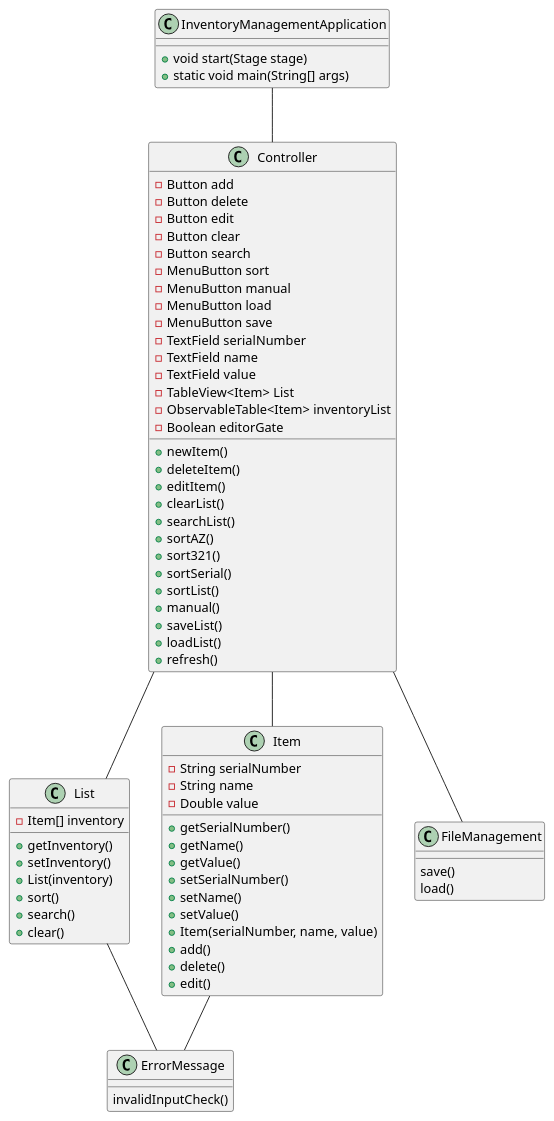
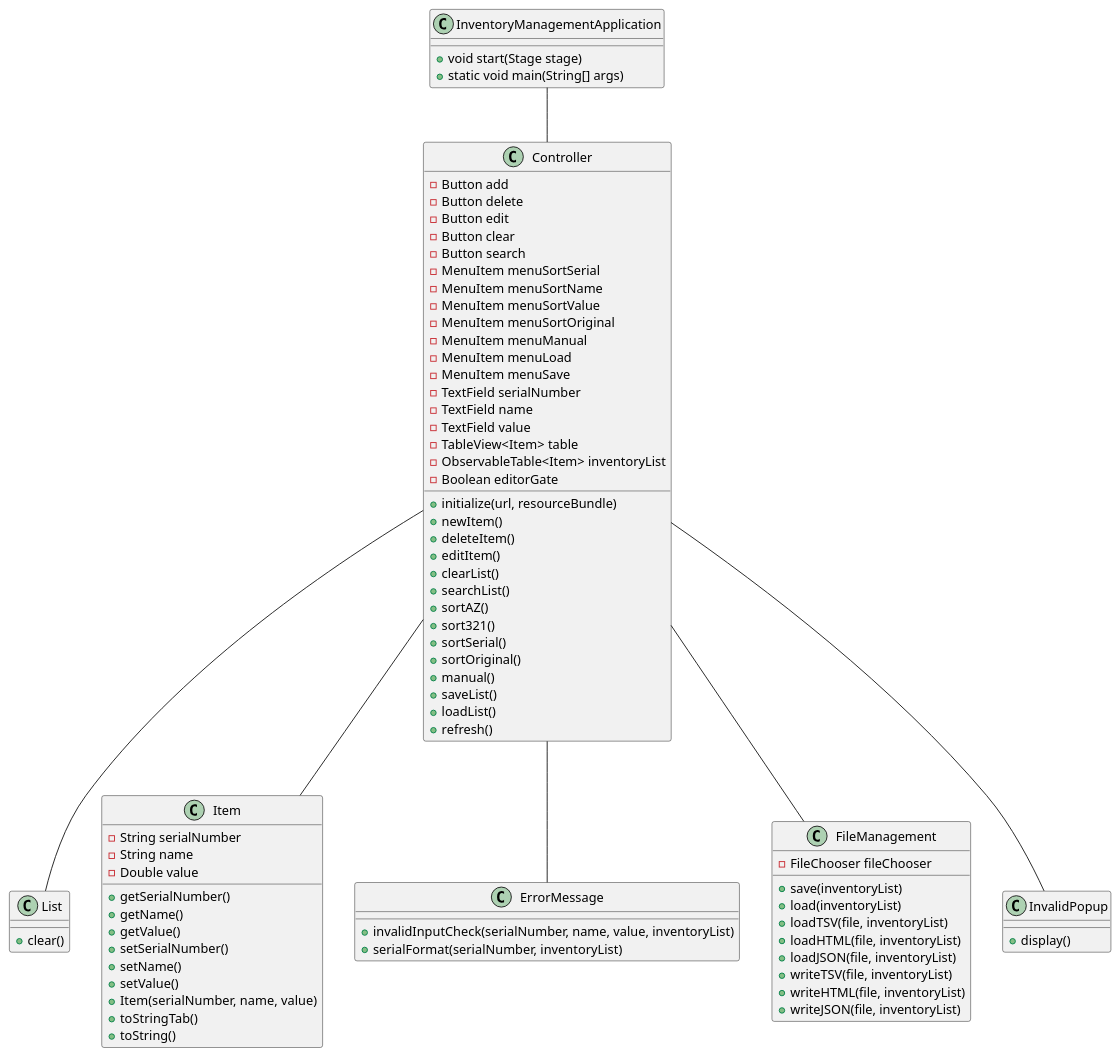
One commit to aidane1023/earnest-app2 changed the diagram in earnest-app2-code/docs/app2-classUML.puml. Above: the diagram before and after it, drawn with PlantUML. The commit also changed 56 other files, not shown here.

Commit message:
final commit. last updates to logic, junit, uml, and gui

```diff
--- a/earnest-app2-code/docs/app2-classUML.puml
+++ b/earnest-app2-code/docs/app2-classUML.puml
@@ -1,89 +1,99 @@
 @startuml
 'https://plantuml.com/class-diagram
 
 class InventoryManagementApplication
 class Controller
 class List
 class Item
 class ErrorMessage
 class FileManagement
+class InvalidPopup
 
 InventoryManagementApplication -- Controller
 Controller -- List
 Controller -- Item
-Item -- ErrorMessage
-List -- ErrorMessage
+Controller -- ErrorMessage
+Controller -- InvalidPopup
 Controller -- FileManagement
 
 
 class InventoryManagementApplication {
     + void start(Stage stage)
     + static void main(String[] args)
 }
 
 class Controller {
     - Button add
     - Button delete
     - Button edit
     - Button clear
     - Button search
-    - MenuButton sort
-    - MenuButton manual
-    - MenuButton load
-    - MenuButton save
+    - MenuItem menuSortSerial
+    - MenuItem menuSortName
+    - MenuItem menuSortValue
+    - MenuItem menuSortOriginal
+    - MenuItem menuManual
+    - MenuItem menuLoad
+    - MenuItem menuSave
     - TextField serialNumber
     - TextField name
     - TextField value
-    - TableView<Item> List
+    - TableView<Item> table
     - ObservableTable<Item> inventoryList
     - Boolean editorGate
+    + initialize(url, resourceBundle)
     + newItem()
     + deleteItem()
     + editItem()
     + clearList()
     + searchList()
     + sortAZ()
     + sort321()
     + sortSerial()
-    + sortList()
+    + sortOriginal()
     + manual()
     + saveList()
     + loadList()
     + refresh()
 }
 
 class FileManagement {
-    save()
-    load()
+    - FileChooser fileChooser
+    + save(inventoryList)
+    + load(inventoryList)
+    + loadTSV(file, inventoryList)
+    + loadHTML(file, inventoryList)
+    + loadJSON(file, inventoryList)
+    + writeTSV(file, inventoryList)
+    + writeHTML(file, inventoryList)
+    + writeJSON(file, inventoryList)
 }
 
 class ErrorMessage {
-    invalidInputCheck()
+    + invalidInputCheck(serialNumber, name, value, inventoryList)
+    + serialFormat(serialNumber, inventoryList)
+}
+
+class InvalidPopup {
+    + display()
 }
 
 class List {
-    - Item[] inventory
-    + getInventory()
-    + setInventory()
-    + List(inventory)
-    + sort()
-    + search()
     + clear()
 }
 
 class Item {
     - String serialNumber
     - String name
     - Double value
     + getSerialNumber()
     + getName()
     + getValue()
     + setSerialNumber()
     + setName()
     + setValue()
     + Item(serialNumber, name, value)
-    + add()
-    + delete()
-    + edit()
+    + toStringTab()
+    + toString()
 }
 @enduml
```
